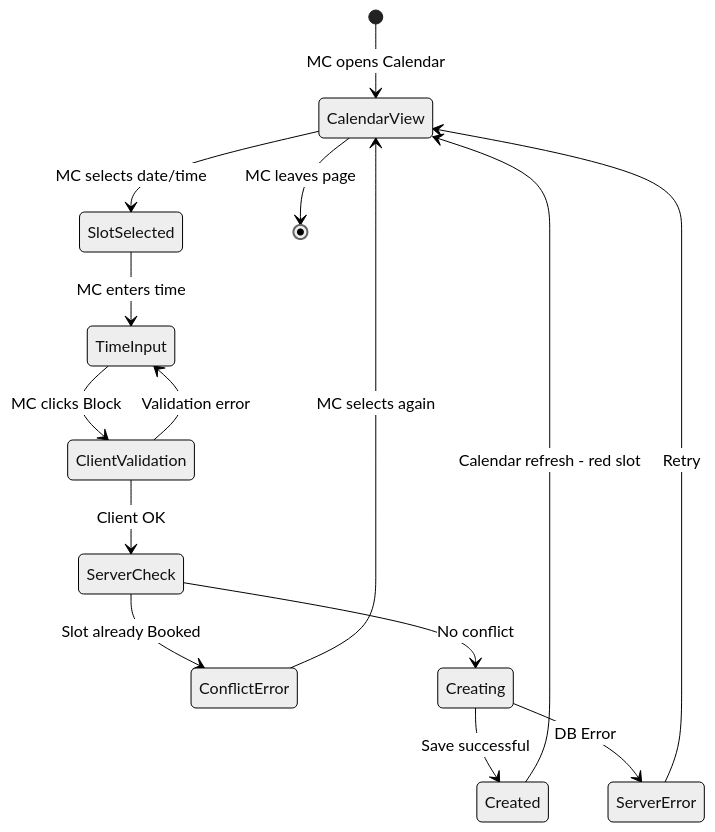
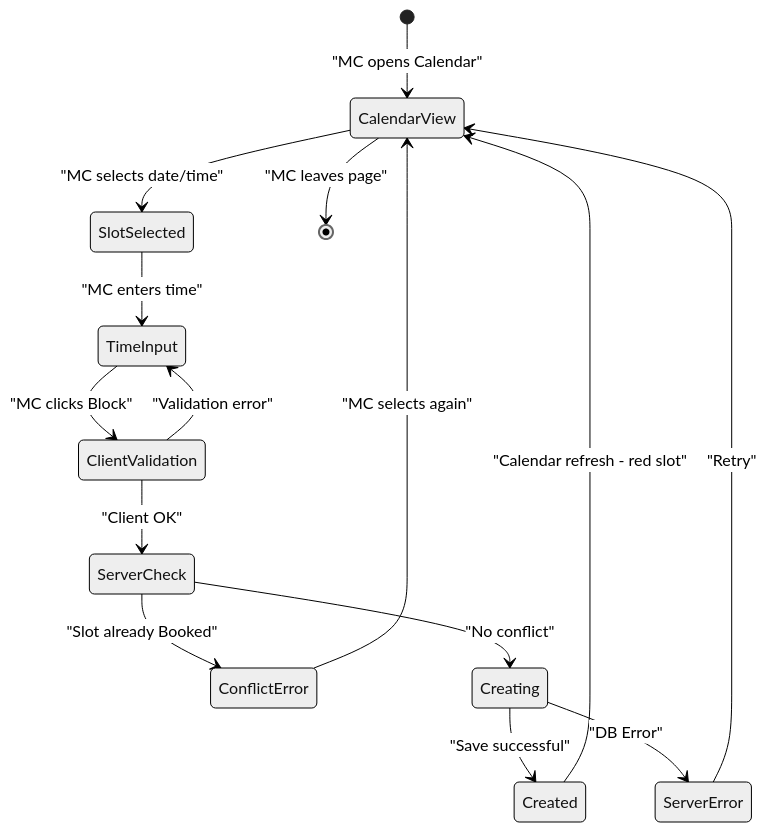
Diagram 18 of 51 in UC_Diagrams_EN.md (dat-21/SWD392), drawn with Mermaid (neutral theme) before and after one commit. The commit also changed other lines of this file and 2 other files, not shown here.

Commit message:
style: Standardize Mermaid state diagram transition label formatting by adding quotes and a space before the colon.

````diff
--- a/UC_Diagrams_EN.md
+++ b/UC_Diagrams_EN.md
@@ -664,17 +664,17 @@
 ```mermaid
 stateDiagram-v2
-    [*] --> CalendarView: MC opens Calendar
-    CalendarView --> SlotSelected: MC selects date/time
-    SlotSelected --> TimeInput: MC enters time
-    TimeInput --> ClientValidation: MC clicks Block
-    ClientValidation --> TimeInput: Validation error
-    ClientValidation --> ServerCheck: Client OK
-    ServerCheck --> ConflictError: Slot already Booked
-    ConflictError --> CalendarView: MC selects again
-    ServerCheck --> Creating: No conflict
-    Creating --> Created: Save successful
-    Creating --> ServerError: DB Error
-    ServerError --> CalendarView: Retry
-    Created --> CalendarView: Calendar refresh - red slot
-    CalendarView --> [*]: MC leaves page
+    [*] --> CalendarView : "MC opens Calendar"
+    CalendarView --> SlotSelected : "MC selects date/time"
+    SlotSelected --> TimeInput : "MC enters time"
+    TimeInput --> ClientValidation : "MC clicks Block"
+    ClientValidation --> TimeInput : "Validation error"
+    ClientValidation --> ServerCheck : "Client OK"
+    ServerCheck --> ConflictError : "Slot already Booked"
+    ConflictError --> CalendarView : "MC selects again"
+    ServerCheck --> Creating : "No conflict"
+    Creating --> Created : "Save successful"
+    Creating --> ServerError : "DB Error"
+    ServerError --> CalendarView : "Retry"
+    Created --> CalendarView : "Calendar refresh - red slot"
+    CalendarView --> [*] : "MC leaves page"
 ```
````
